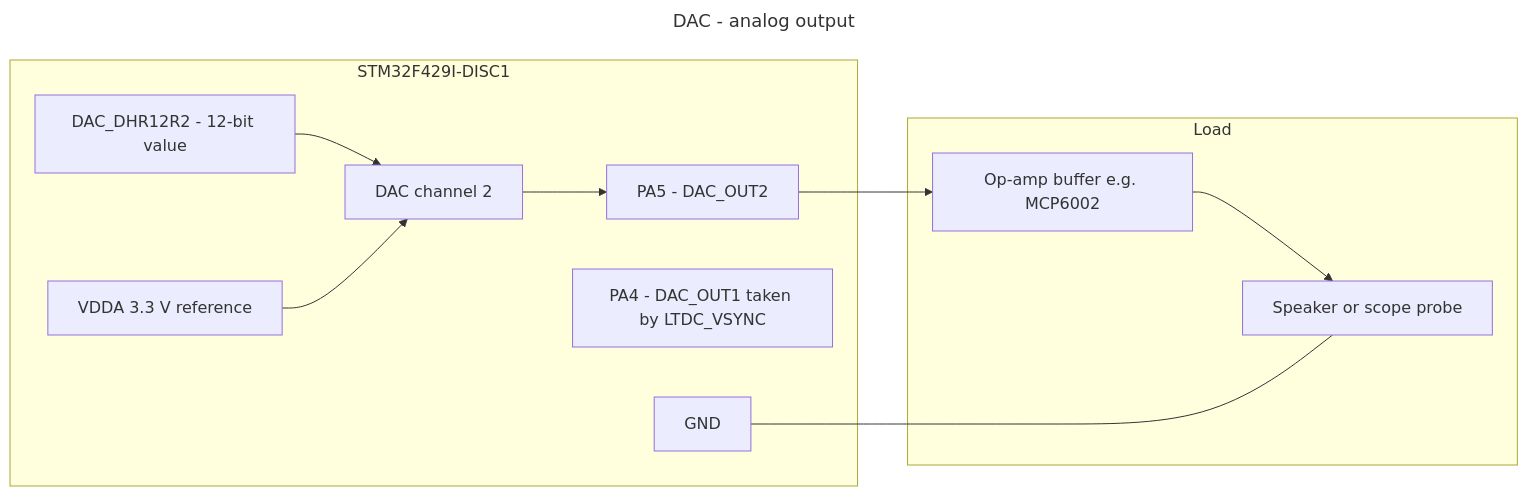
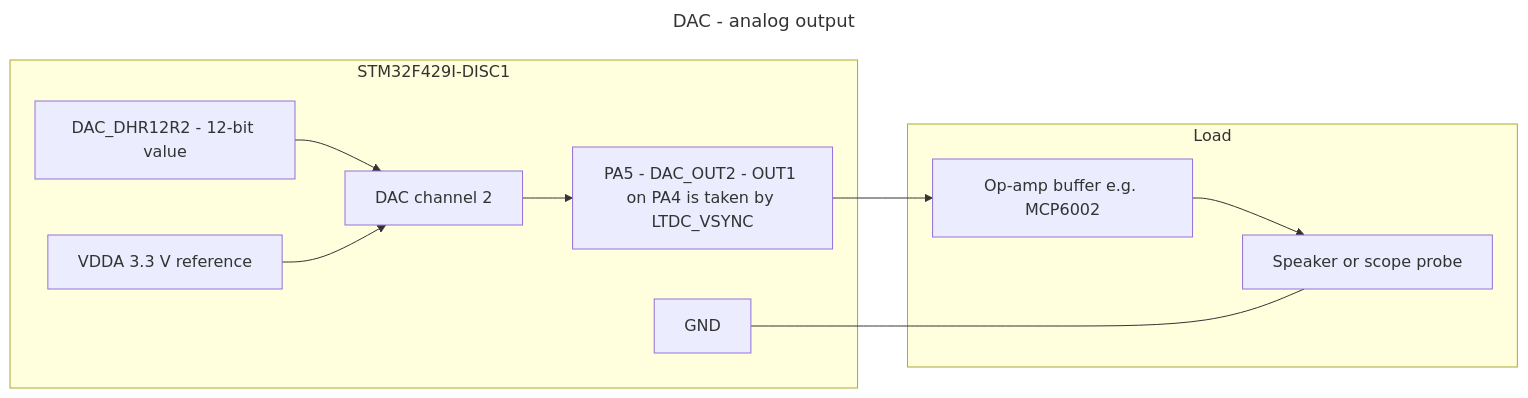
One commit to Ekpenyong-Esu/BareMetalMCU2 changed the diagram in Sensor_Cons/Peripherals/DAC/dac_wiring.mmd. Above: the diagram before and after it, drawn with Mermaid. The commit also changed 13 other files, not shown here.

Commit message:
Rank the remaining wiring diagrams into a single row

```diff
--- a/Sensor_Cons/Peripherals/DAC/dac_wiring.mmd
+++ b/Sensor_Cons/Peripherals/DAC/dac_wiring.mmd
@@ -1,28 +1,27 @@
 ---
 title: DAC - analog output
 ---
 %% Pins from Peripherals/DAC/dac.h and DAC_tutorial.ipynb.
 %% DAC_OUT1 is PA4, but project.ioc gives PA4 to LTDC_VSYNC.
 %% PA5 (DAC_OUT2) is free, so channel 2 is the usable one here.
 %% The output cannot source much current - buffer it before driving a load.
 flowchart LR
     subgraph MCU["STM32F429I-DISC1"]
         DHR["DAC_DHR12R2 - 12-bit value"]
         DAC2["DAC channel 2"]
-        PA5["PA5 - DAC_OUT2"]
-        PA4["PA4 - DAC_OUT1 taken by LTDC_VSYNC"]
+        PA5["PA5 - DAC_OUT2 - OUT1 on PA4 is taken by LTDC_VSYNC"]
         VDDA["VDDA 3.3 V reference"]
         GND["GND"]
     end
 
     subgraph LOAD["Load"]
         BUF["Op-amp buffer e.g. MCP6002"]
         SPK["Speaker or scope probe"]
     end
 
     DHR --> DAC2
     VDDA --> DAC2
     DAC2 --> PA5
     PA5 --> BUF
     BUF --> SPK
     GND --- SPK
```
